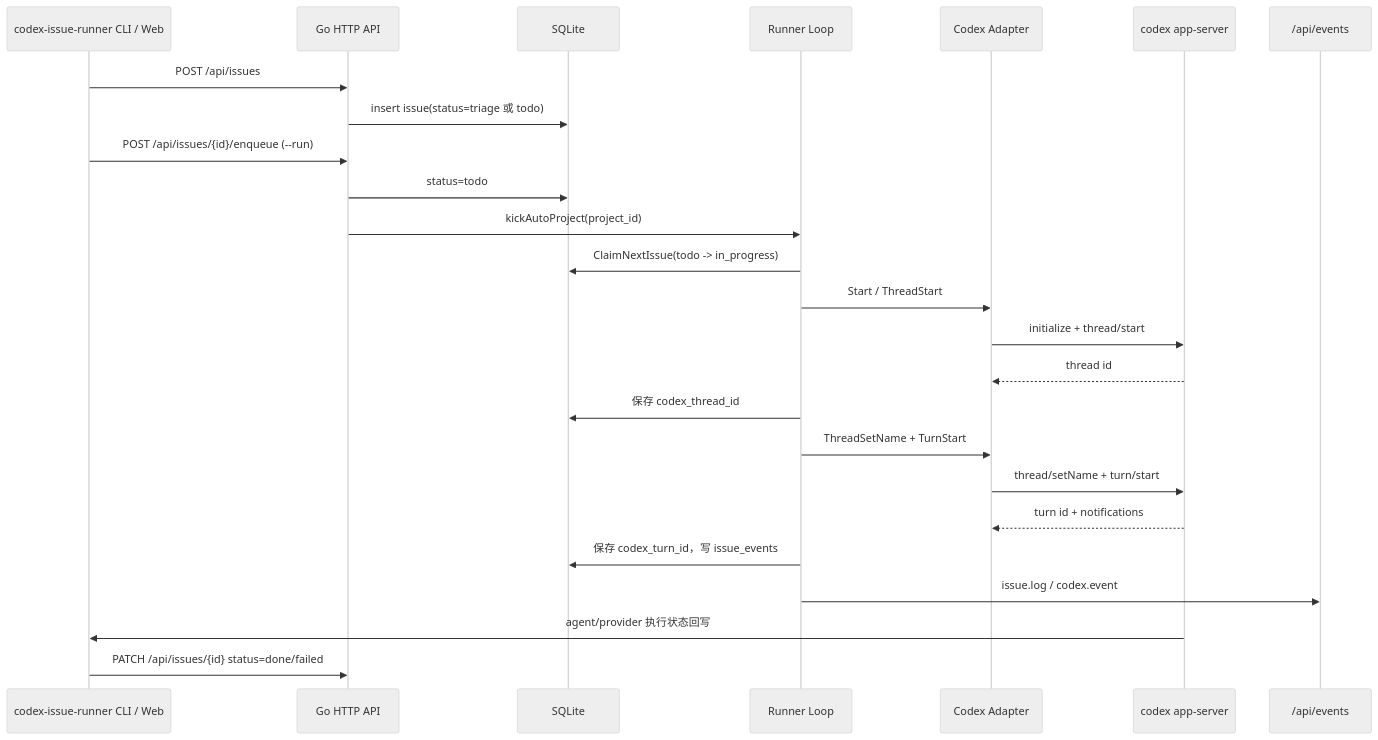
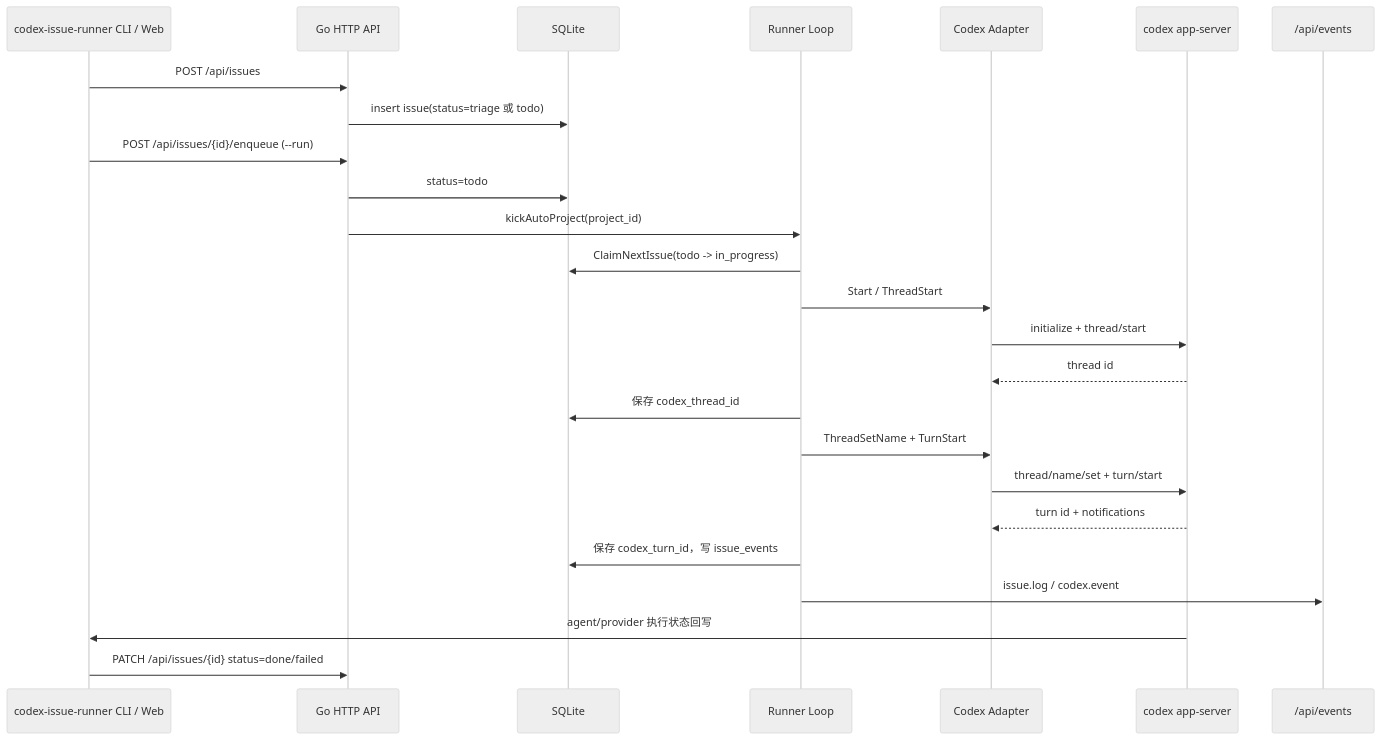
The diagram in docs/codex-integration.md (williamnie/xuanwu), drawn with Mermaid (neutral theme) before and after one commit. The commit also changed other lines of this file and 2 other files, not shown here.

Commit message:
fix(codex): 修正线程命名RPC方法

````diff
--- a/docs/codex-integration.md
+++ b/docs/codex-integration.md
@@ -131,28 +131,28 @@
 ```mermaid
 sequenceDiagram
   participant CLI as codex-issue-runner CLI / Web
   participant API as Go HTTP API
   participant DB as SQLite
   participant Runner as Runner Loop
   participant Adapter as Codex Adapter
   participant Codex as codex app-server
   participant SSE as /api/events
 
   CLI->>API: POST /api/issues
   API->>DB: insert issue(status=triage 或 todo)
   CLI->>API: POST /api/issues/{id}/enqueue (--run)
   API->>DB: status=todo
   API->>Runner: kickAutoProject(project_id)
   Runner->>DB: ClaimNextIssue(todo -> in_progress)
   Runner->>Adapter: Start / ThreadStart
   Adapter->>Codex: initialize + thread/start
   Codex-->>Adapter: thread id
   Runner->>DB: 保存 codex_thread_id
   Runner->>Adapter: ThreadSetName + TurnStart
-  Adapter->>Codex: thread/setName + turn/start
+  Adapter->>Codex: thread/name/set + turn/start
   Codex-->>Adapter: turn id + notifications
   Runner->>DB: 保存 codex_turn_id，写 issue_events
   Runner->>SSE: issue.log / codex.event
   Codex->>CLI: agent/provider 执行状态回写
   CLI->>API: PATCH /api/issues/{id} status=done/failed
 ```
````
